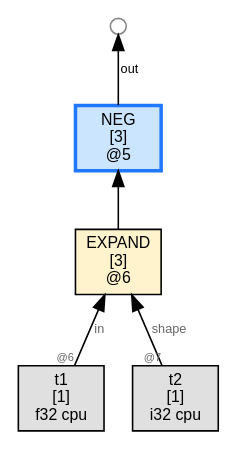
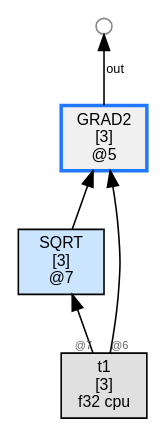
The diagram in wl/examples/thvm_graphs/grad_rules/gradu_poly/thvm_0_pre_reduce.dot (sw1sh/TinyHVM), drawn with Graphviz before and after one commit. The commit also changed 4 other files, not shown here.

First line of the commit message:
grad: E2E numerical for EXP/SQRT gradients

```diff
--- a/wl/examples/thvm_graphs/grad_rules/gradu_poly/thvm_0_pre_reduce.dot
+++ b/wl/examples/thvm_graphs/grad_rules/gradu_poly/thvm_0_pre_reduce.dot
@@ -1,15 +1,14 @@
 digraph G {
   rankdir=BT;
   node [fontname="Helvetica", fontsize=10, style=filled, shape=box, margin="0.1,0.05"];
   edge [fontsize=8, fontname="Helvetica"];
 
-  n6 [label="EXPAND\n[3]\n@6", shape=box, fillcolor="#fff3cd"];
-  t1 [label="t1\n[1]\nf32 cpu",shape=box,fillcolor="#e0e0e0"];
-  t1 -> n6 [label="in",taillabel="@6",labelfontsize=7,fontcolor="#666666"];
-  t2 [label="t2\n[1]\ni32 cpu",shape=box,fillcolor="#e0e0e0"];
-  t2 -> n6 [label="shape",taillabel="@7",labelfontsize=7,fontcolor="#666666"];
-  n5 [label="NEG\n[3]\n@5", shape=box, fillcolor="#cce5ff",color="#1f78ff",penwidth=2.2];
-  n6 -> n5 [label=""];
+  n7 [label="SQRT\n[3]\n@7", shape=box, fillcolor="#cce5ff"];
+  t1 [label="t1\n[3]\nf32 cpu",shape=box,fillcolor="#e0e0e0"];
+  t1 -> n7 [label="",taillabel="@7",labelfontsize=7,fontcolor="#666666"];
+  n5 [label="GRAD2\n[3]\n@5", shape=box, fillcolor="#f0f0f0",color="#1f78ff",penwidth=2.2];
+  n7 -> n5 [label=""];
+  t1 -> n5 [label="",taillabel="@6",labelfontsize=7,fontcolor="#666666"];
   free5_1000 [label="",shape=circle,width=0.14,height=0.14,fixedsize=true,fillcolor="#ffffff",color="#888888",fontsize=1];
   n5 -> free5_1000 [label="out"];
 }
```
